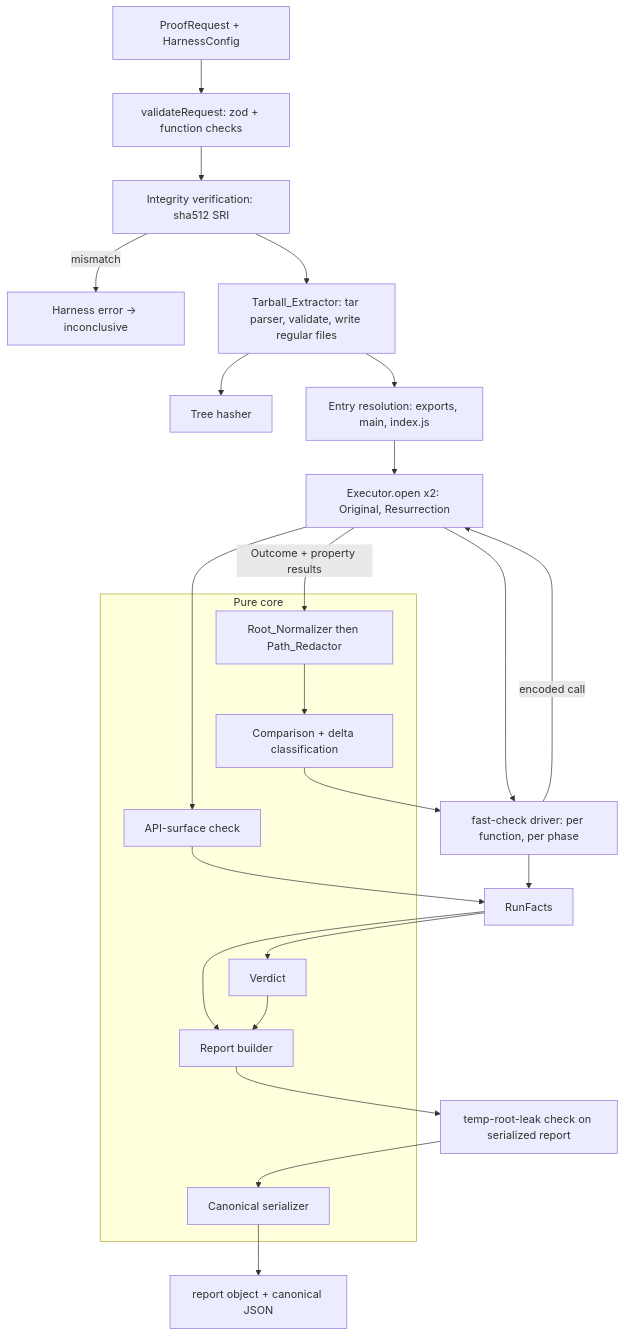
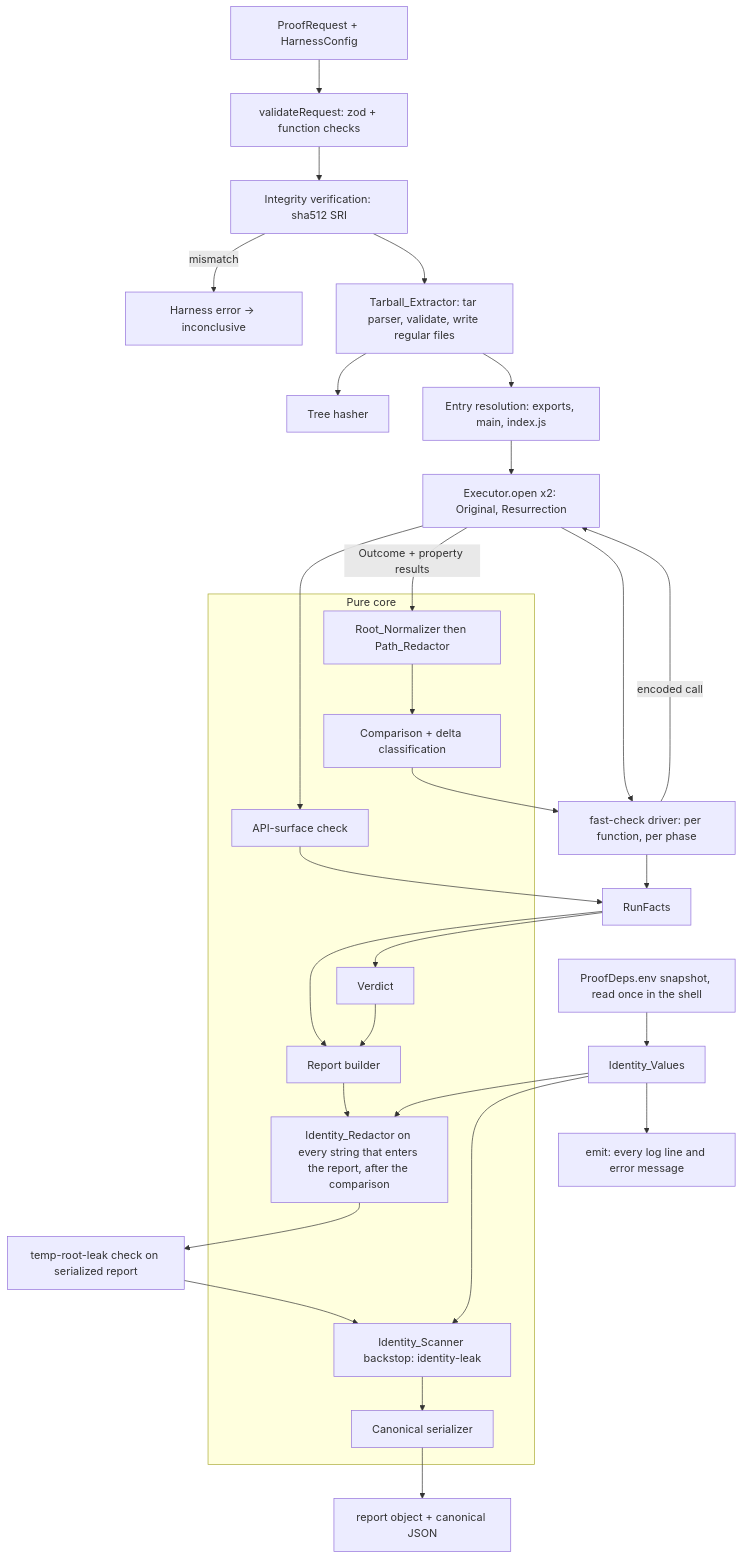
The first of 3 diagrams in .kiro/specs/proof-of-life-engine/design.md (subair99/graveyard-shift), drawn with Mermaid before and after one commit. The commit also changed other lines of this file and 97 other files, not shown here.

````diff
--- a/.kiro/specs/proof-of-life-engine/design.md
+++ b/.kiro/specs/proof-of-life-engine/design.md
@@ -40,32 +42,40 @@
 ```mermaid
 flowchart TD
     REQ[ProofRequest + HarnessConfig] --> VAL[validateRequest: zod + function checks]
     VAL --> INT[Integrity verification: sha512 SRI]
     INT -->|mismatch| HE[Harness error -> inconclusive]
     INT --> EXT[Tarball_Extractor: tar parser, validate, write regular files]
     EXT --> HASH[Tree hasher]
     EXT --> ENTRY[Entry resolution: exports, main, index.js]
     ENTRY --> EXEC[Executor.open x2: Original, Resurrection]
     EXEC --> API[API-surface check]
     EXEC --> DRV[fast-check driver: per function, per phase]
     DRV -->|encoded call| EXEC
     EXEC -->|Outcome + property results| NORM[Root_Normalizer then Path_Redactor]
     NORM --> CMP[Comparison + delta classification]
     CMP --> DRV
     API --> FACTS[RunFacts]
     DRV --> FACTS
     FACTS --> VER[Verdict]
     FACTS --> REP[Report builder]
     VER --> REP
-    REP --> LEAK[temp-root-leak check on serialized report]
-    LEAK --> SER[Canonical serializer]
+    REP --> IDR[Identity_Redactor on every string that enters the report, after the comparison]
+    IDR --> LEAK[temp-root-leak check on serialized report]
+    LEAK --> IDS[Identity_Scanner backstop: identity-leak]
+    IDS --> SER[Canonical serializer]
     SER --> OUT[report object + canonical JSON]
+    ENV[ProofDeps.env snapshot, read once in the shell] --> IDV[Identity_Values]
+    IDV --> IDR
+    IDV --> IDS
+    IDV --> EMIT[emit: every log line and error message]
     subgraph CORE[Pure core]
       NORM
       CMP
       API
       VER
       REP
+      IDR
+      IDS
       SER
     end
 ```
````
